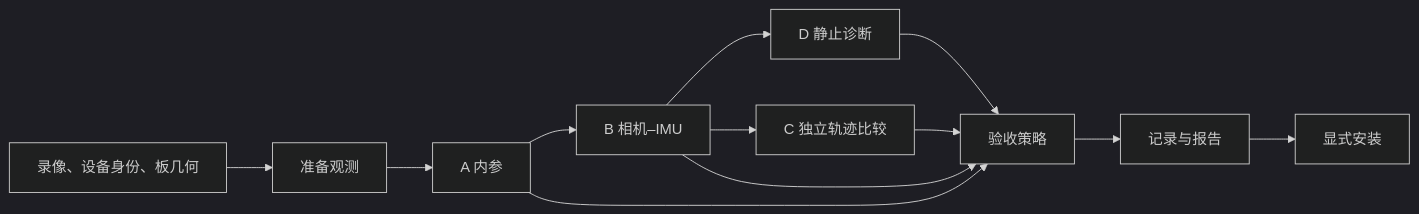
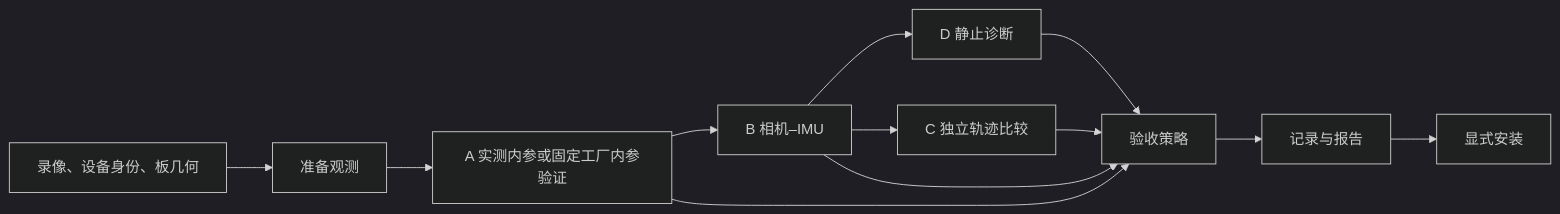
Before and after one commit to Zijian007/umi_data_collection: the diagram in software/calibration/README.md, drawn with Mermaid (dark theme). The commit also changed other lines of this file and 292 other files, not shown here.

````diff
--- a/software/calibration/README.md
+++ b/software/calibration/README.md
@@ -7,14 +11,14 @@
 ```mermaid
 flowchart LR
     I[录像、设备身份、板几何] --> P[准备观测]
-    P --> A[A 内参]
+    P --> A[A 实测内参或固定工厂内参验证]
     A --> B[B 相机–IMU]
     B --> D[D 静止诊断]
     B --> C[C 独立轨迹比较]
     D --> E[验收策略]
     C --> E
     A --> E
     B --> E
     E --> R[记录与报告]
     R --> M[显式安装]
 ```
````
